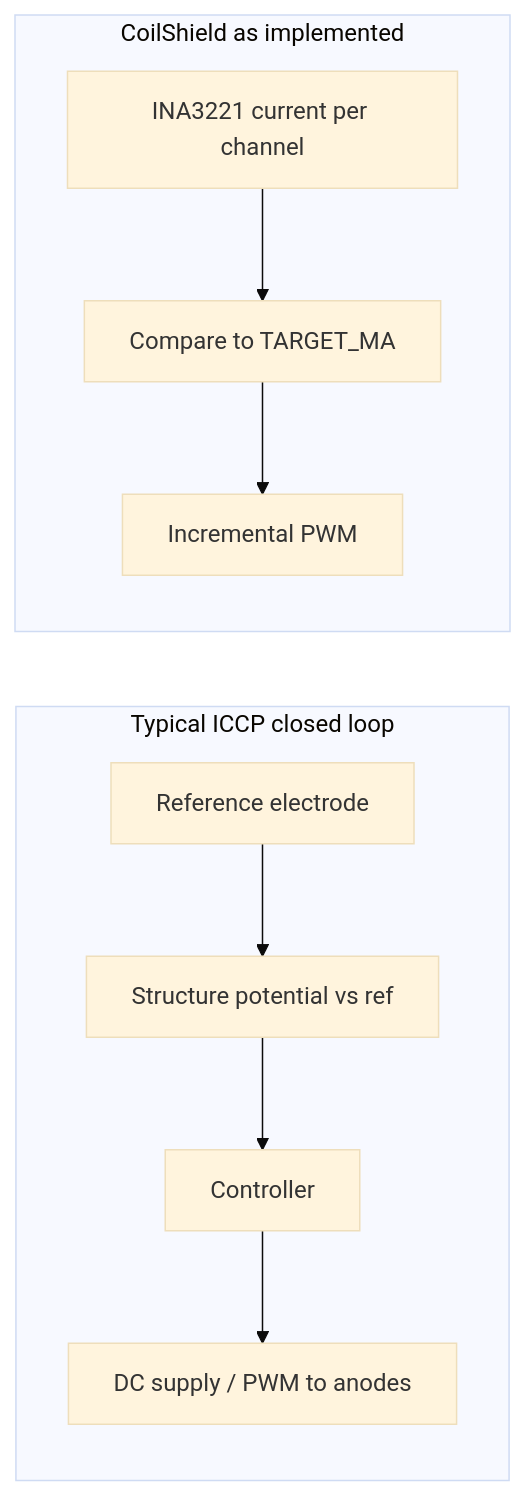
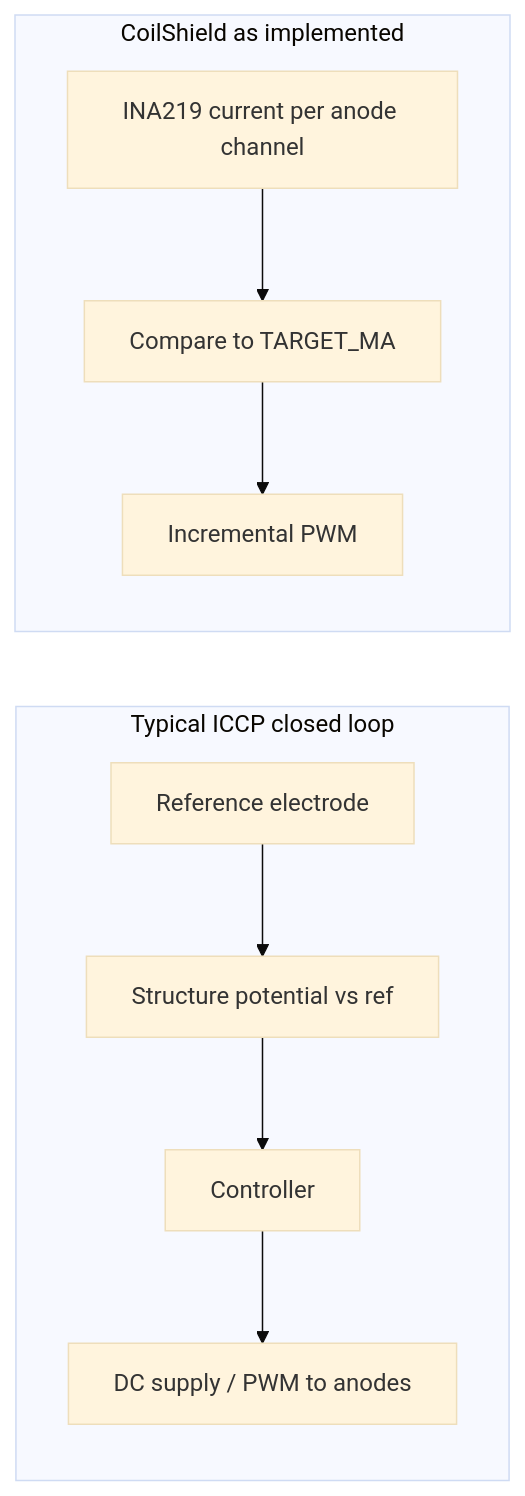
Before and after one commit to OneNous/ICCP: the diagram in docs/iccp-vs-coilshield.md, drawn with Mermaid (base theme). The commit also changed other lines of this file and 15 other files, not shown here.

````diff
--- a/docs/iccp-vs-coilshield.md
+++ b/docs/iccp-vs-coilshield.md
@@ -17,20 +17,20 @@
 ```mermaid
 flowchart LR
   subgraph industry [Typical ICCP closed loop]
     ref[Reference electrode]
     pot[Structure potential vs ref]
     ctrl1[Controller]
     ps[DC supply / PWM to anodes]
     ref --> pot
     pot --> ctrl1
     ctrl1 --> ps
   end
 
   subgraph coilshield [CoilShield as implemented]
-    ina[INA3221 current per channel]
+    ina[INA219 current per anode channel]
     tgt[Compare to TARGET_MA]
     ctrl2[Incremental PWM]
     ina --> tgt
     tgt --> ctrl2
   end
 ```
````
